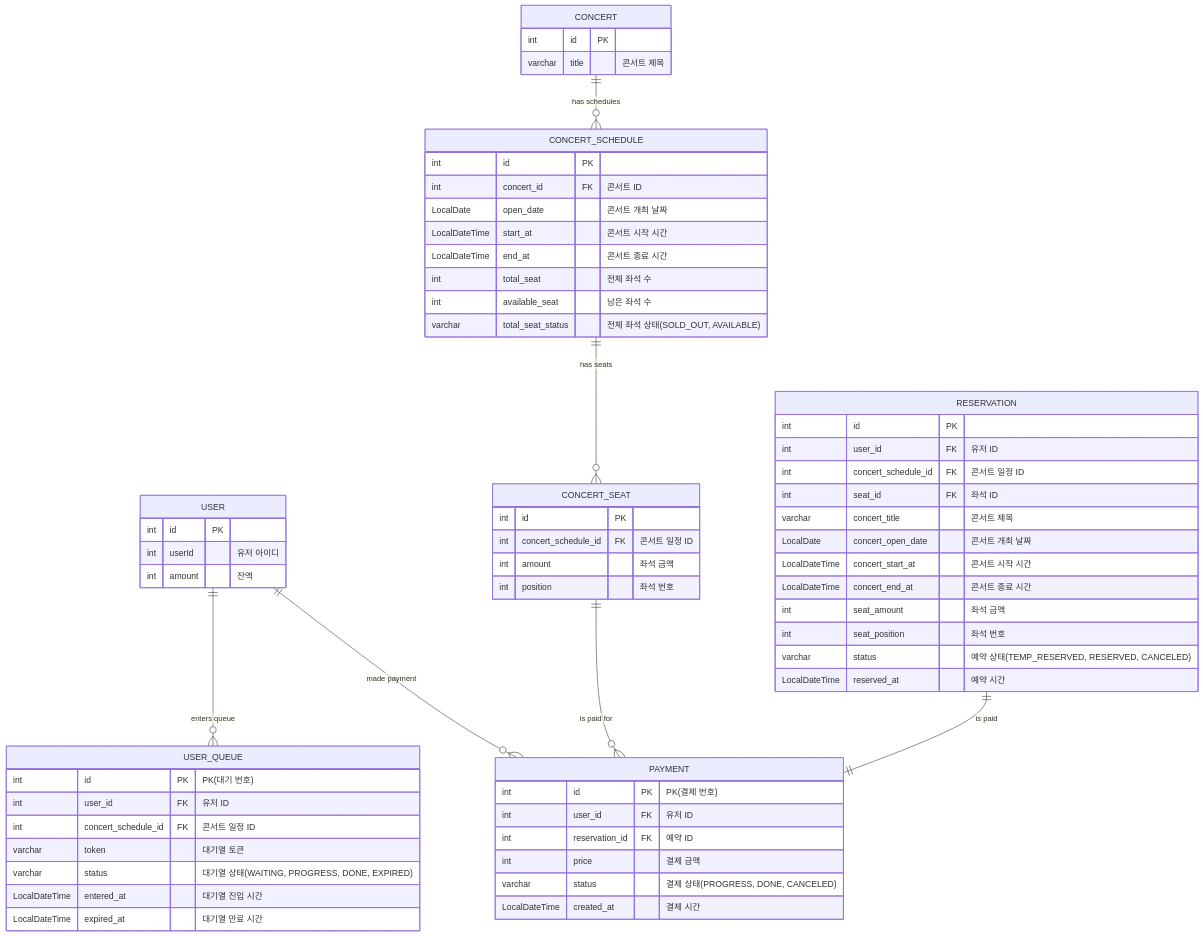
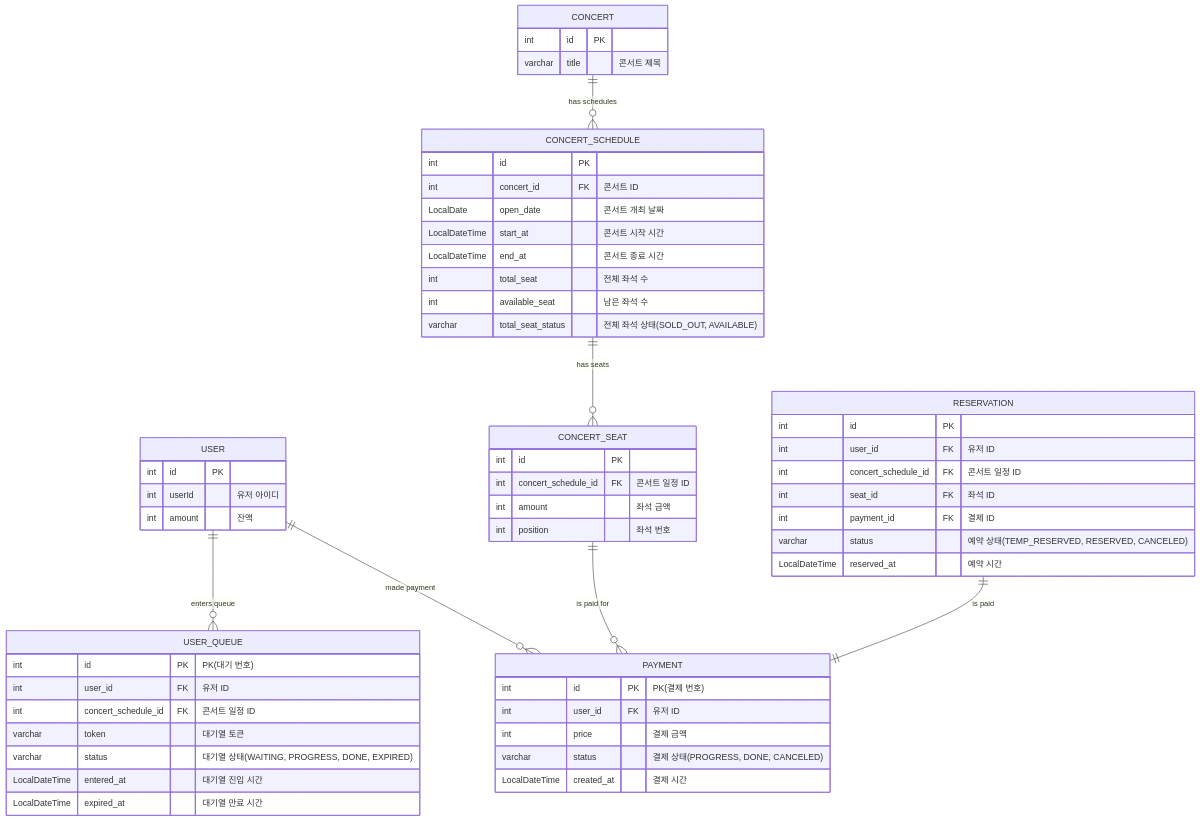
The diagram in docs/erd.md (leejjo2/hhplus-concert), drawn with Mermaid before and after one commit.

Commit message:
docs: erd 수정

````diff
--- a/docs/erd.md
+++ b/docs/erd.md
@@ -3,72 +3,66 @@
 ```mermaid
 erDiagram
     USER {
         int id PK
         int userId "유저 아이디"
         int amount "잔액"
     }
 
     USER_QUEUE {
         int id PK "PK(대기 번호)"
         int user_id FK "유저 ID"
         int concert_schedule_id FK "콘서트 일정 ID"
         varchar token "대기열 토큰"
         varchar status "대기열 상태(WAITING, PROGRESS, DONE, EXPIRED)"
         LocalDateTime entered_at "대기열 진입 시간"
         LocalDateTime expired_at "대기열 만료 시간"
     }
 
     PAYMENT {
         int id PK "PK(결제 번호)"
         int user_id FK "유저 ID"
-        int reservation_id FK "예약 ID"
         int price "결제 금액"
         varchar status "결제 상태(PROGRESS, DONE, CANCELED)"
         LocalDateTime created_at "결제 시간"
     }
 
     CONCERT {
         int id PK
         varchar title "콘서트 제목"
     }
 
     CONCERT_SCHEDULE {
         int id PK
         int concert_id FK "콘서트 ID"
         LocalDate open_date "콘서트 개최 날짜"
         LocalDateTime start_at "콘서트 시작 시간"
         LocalDateTime end_at "콘서트 종료 시간"
         int total_seat "전체 좌석 수"
         int available_seat "남은 좌석 수"
         varchar total_seat_status "전체 좌석 상태(SOLD_OUT, AVAILABLE)"
     }
 
     CONCERT_SEAT {
         int id PK
         int concert_schedule_id FK "콘서트 일정 ID"
         int amount "좌석 금액"
         int position "좌석 번호"
     }
 
     RESERVATION {
         int id PK
         int user_id FK "유저 ID"
         int concert_schedule_id FK "콘서트 일정 ID"
         int seat_id FK "좌석 ID"
-        varchar concert_title "콘서트 제목"
-        LocalDate concert_open_date "콘서트 개최 날짜"
-        LocalDateTime concert_start_at "콘서트 시작 시간"
-        LocalDateTime concert_end_at "콘서트 종료 시간"
-        int seat_amount "좌석 금액"
-        int seat_position "좌석 번호"
+        int payment_id FK "결제 ID"
         varchar status "예약 상태(TEMP_RESERVED, RESERVED, CANCELED)"
         LocalDateTime reserved_at "예약 시간"
     }
 
     CONCERT ||--o{ CONCERT_SCHEDULE: "has schedules"
     CONCERT_SCHEDULE ||--o{ CONCERT_SEAT: "has seats"
     USER ||--o{ USER_QUEUE: "enters queue"
     USER ||--o{ PAYMENT: "made payment"
     CONCERT_SEAT ||--o{ PAYMENT: "is paid for"
     RESERVATION ||--|| PAYMENT: "is paid"
 ```
````
